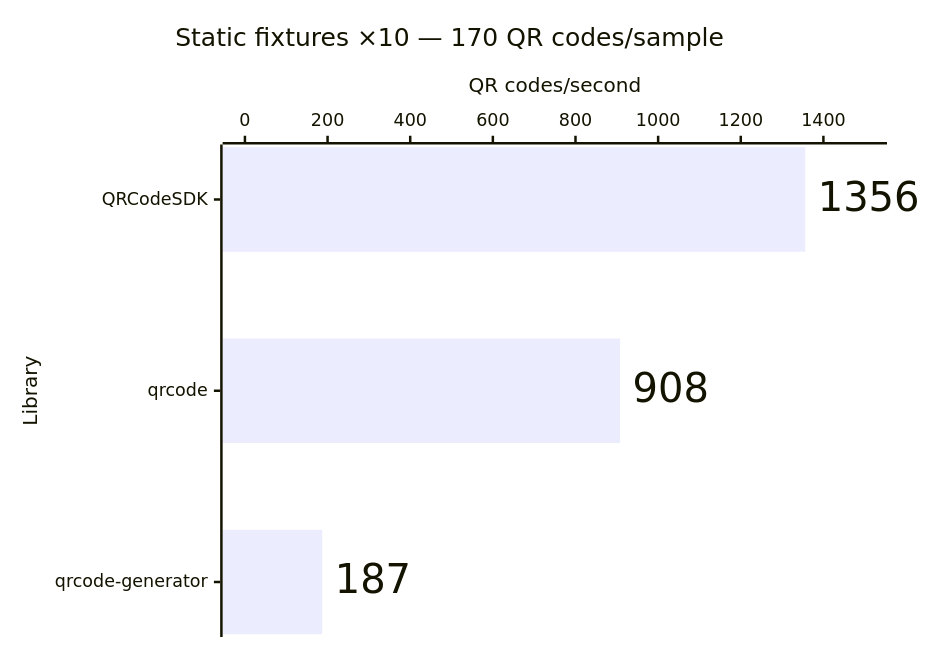
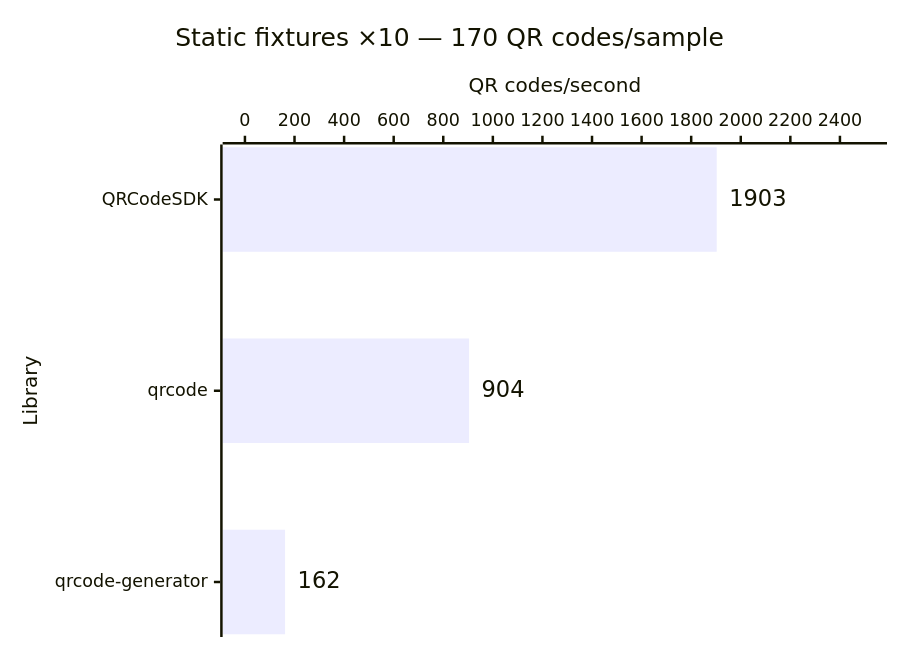
The sixth of 14 diagrams in apps/docs/src/content/docs/learn/performance.md (Dafnik/qrcodesdk), drawn with Mermaid before and after one commit. The commit also changed other lines of this file, not shown here.

````diff
--- a/apps/docs/src/content/docs/learn/performance.md
+++ b/apps/docs/src/content/docs/learn/performance.md
@@ -131,15 +131,15 @@
 ```mermaid
 ---
 config:
   xyChart:
     showDataLabel: true
     showDataLabelOutsideBar: true
 ---
 xychart horizontal
   accTitle: Automatic matrix generation: Static fixtures ×10 — 170 QR codes/sample
-  accDescr: Throughput calculated from median time. QRCodeSDK 1,356 QR codes per second, qrcode 908 QR codes per second, qrcode-generator 187 QR codes per second. Higher is better.
+  accDescr: Throughput calculated from median time. QRCodeSDK 1,903 QR codes per second, qrcode 904 QR codes per second, qrcode-generator 162 QR codes per second. Higher is better.
   title "Static fixtures ×10 — 170 QR codes/sample"
   x-axis "Library" ["QRCodeSDK", "qrcode", "qrcode-generator"]
-  y-axis "QR codes/second" 0 --> 1500
-  bar [1356, 908, 187]
+  y-axis "QR codes/second" 0 --> 2500
+  bar [1903, 904, 162]
 ```
````
